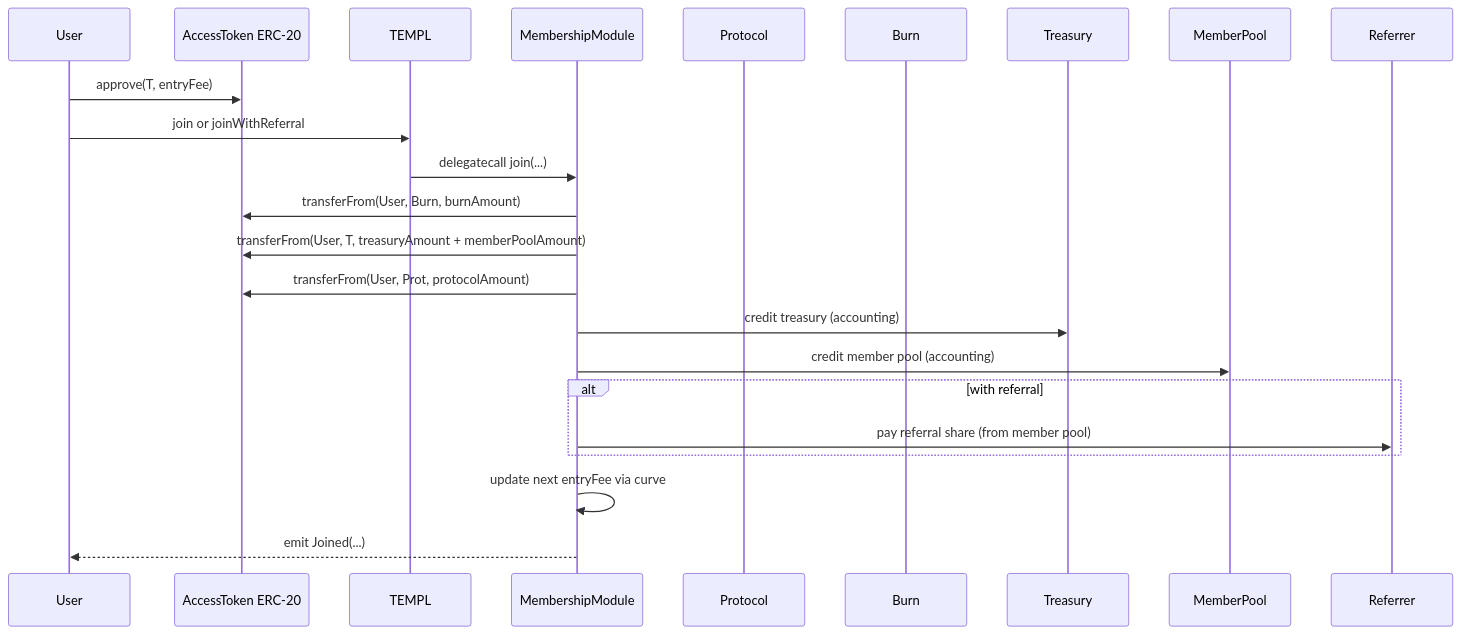
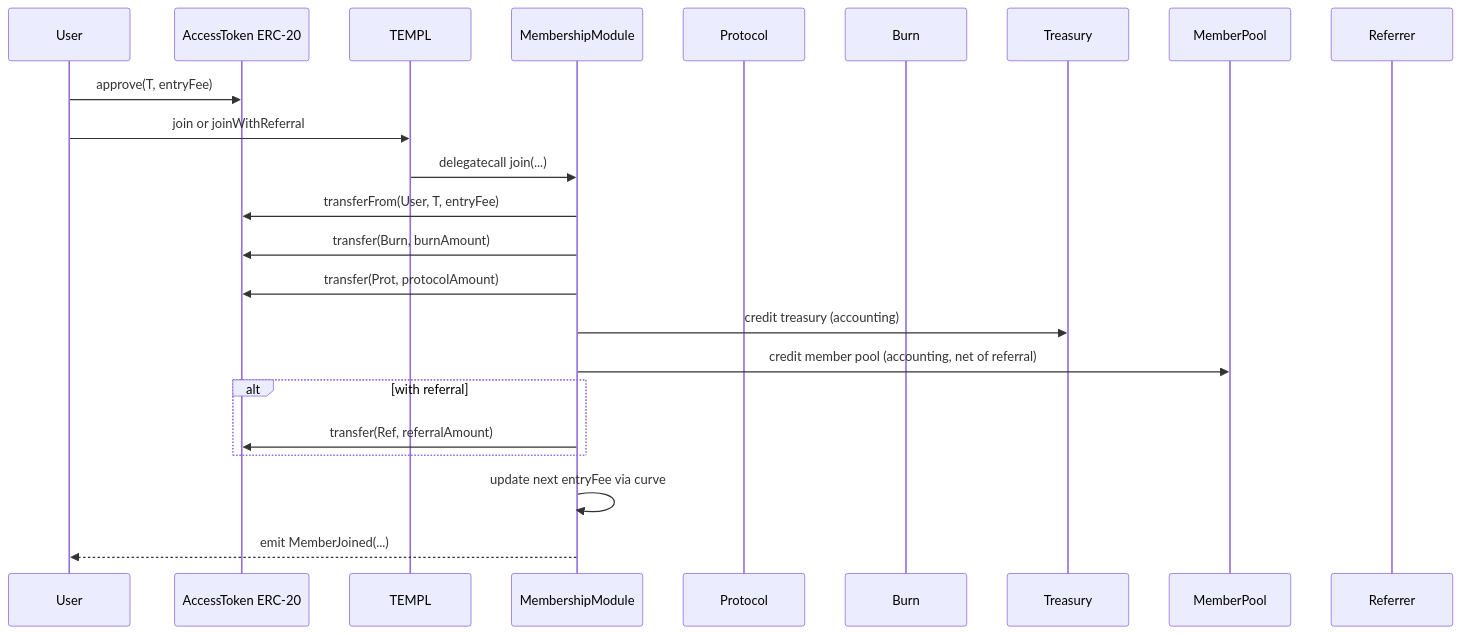
The second of 2 diagrams in README.md (templ-fun/evm-protocol), drawn with Mermaid before and after one commit. The commit also changed 1 other file, not shown here.

````diff
--- a/README.md
+++ b/README.md
@@ -476,26 +476,26 @@
 ```mermaid
 sequenceDiagram
   participant User
   participant Token as AccessToken ERC-20
   participant T as TEMPL
   participant M as MembershipModule
   participant Prot as Protocol
   participant Burn as Burn
   participant Treas as Treasury
   participant Pool as MemberPool
   participant Ref as Referrer
 
   User->>Token: approve(T, entryFee)
   User->>T: join or joinWithReferral
   T->>M: delegatecall join(...)
-  M->>Token: transferFrom(User, Burn, burnAmount)
-  M->>Token: transferFrom(User, T, treasuryAmount + memberPoolAmount)
-  M->>Token: transferFrom(User, Prot, protocolAmount)
+  M->>Token: transferFrom(User, T, entryFee)
+  M->>Token: transfer(Burn, burnAmount)
+  M->>Token: transfer(Prot, protocolAmount)
   M->>Treas: credit treasury (accounting)
-  M->>Pool: credit member pool (accounting)
+  M->>Pool: credit member pool (accounting, net of referral)
   alt with referral
-    M->>Ref: pay referral share (from member pool)
+    M->>Token: transfer(Ref, referralAmount)
   end
   M->>M: update next entryFee via curve
-  M-->>User: emit Joined(...)
+  M-->>User: emit MemberJoined(...)
 ```
````
